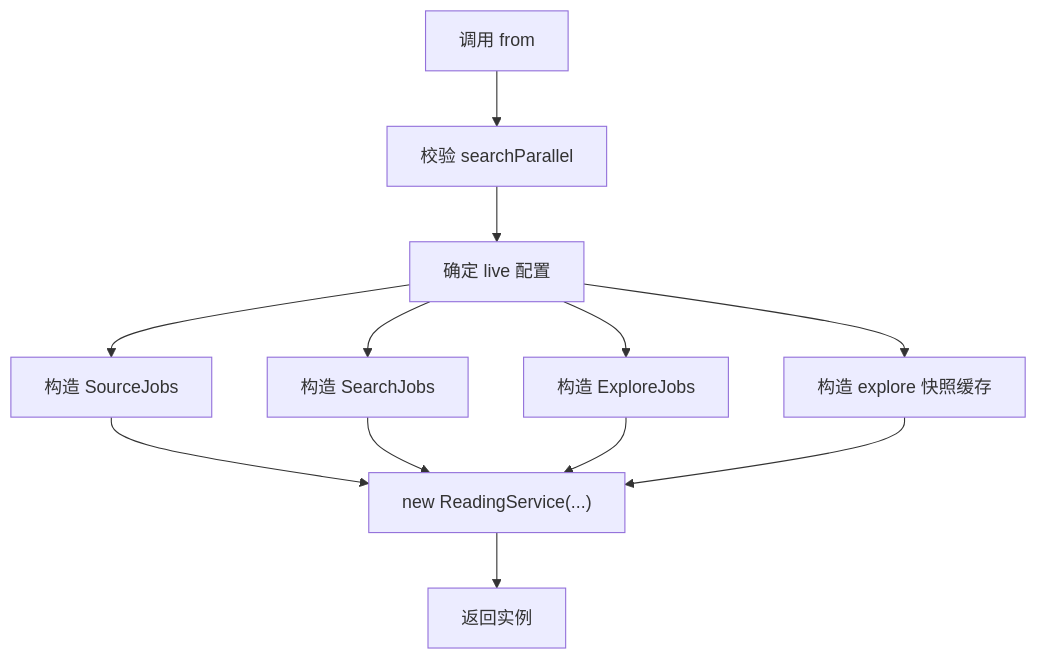
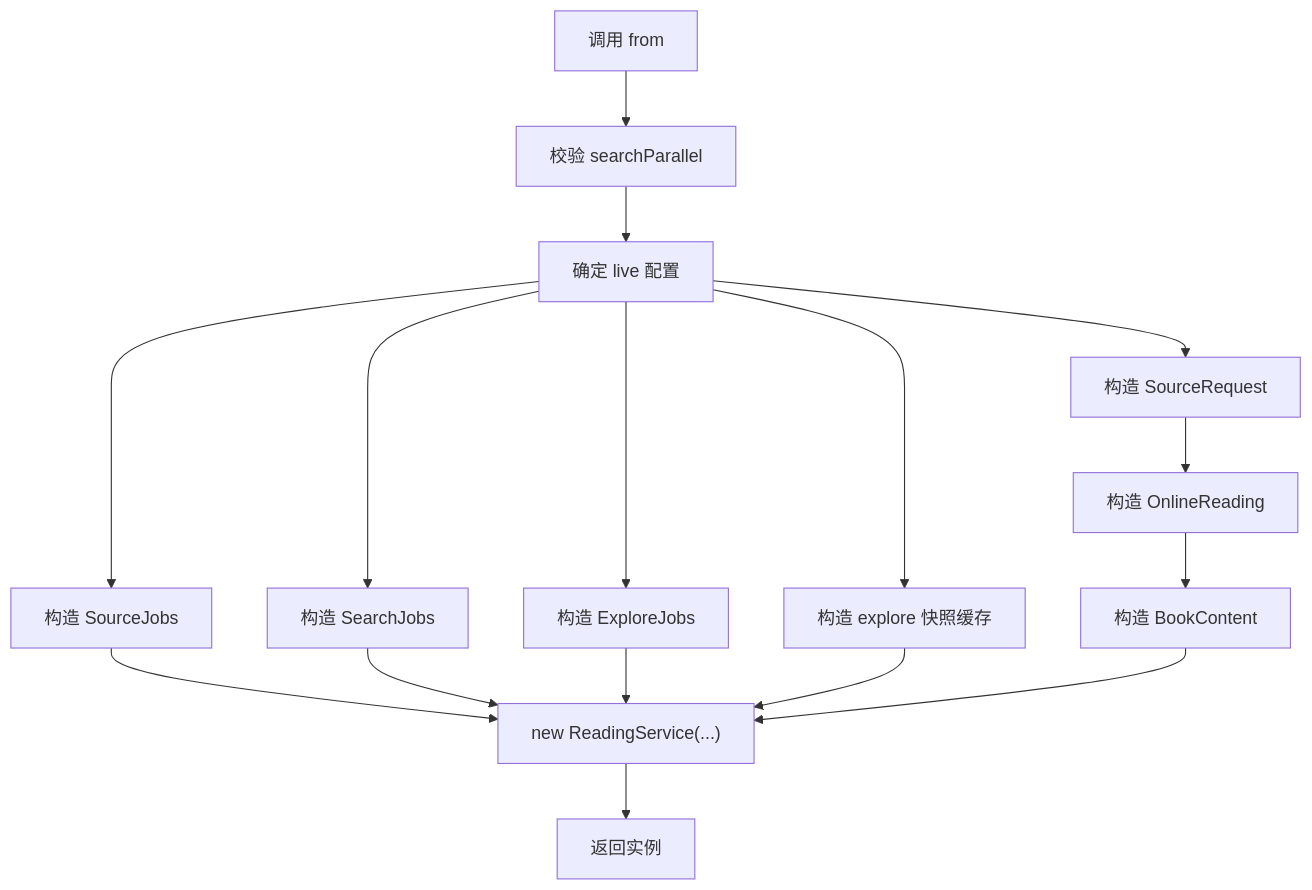
Before and after one commit to xrn1997/dsh-novel: the fourth of 12 diagrams in .qoder/repowiki/zh/content/核心模块详解/阅读服务门面.md, drawn with Mermaid. The commit also changed other lines of this file and 30 other files, not shown here.

````diff
--- a/.qoder/repowiki/zh/content/核心模块详解/阅读服务门面.md
+++ b/.qoder/repowiki/zh/content/核心模块详解/阅读服务门面.md
@@ -161,14 +200,18 @@
 ```mermaid
 flowchart TD
   Start["调用 from"] --> Validate["校验 searchParallel"]
   Validate --> LiveCfg["确定 live 配置"]
+  LiveCfg --> SourceReq["构造 SourceRequest"]
+  SourceReq --> Online["构造 OnlineReading"]
+  Online --> Content["构造 BookContent"]
   LiveCfg --> Jobs["构造 SourceJobs"]
   LiveCfg --> SearchJobs["构造 SearchJobs"]
   LiveCfg --> ExploreJobs["构造 ExploreJobs"]
   LiveCfg --> KindCache["构造 explore 快照缓存"]
   Jobs --> Service["new ReadingService(...)"]
   SearchJobs --> Service
   ExploreJobs --> Service
   KindCache --> Service
+  Content --> Service
   Service --> End["返回实例"]
 ```
````
